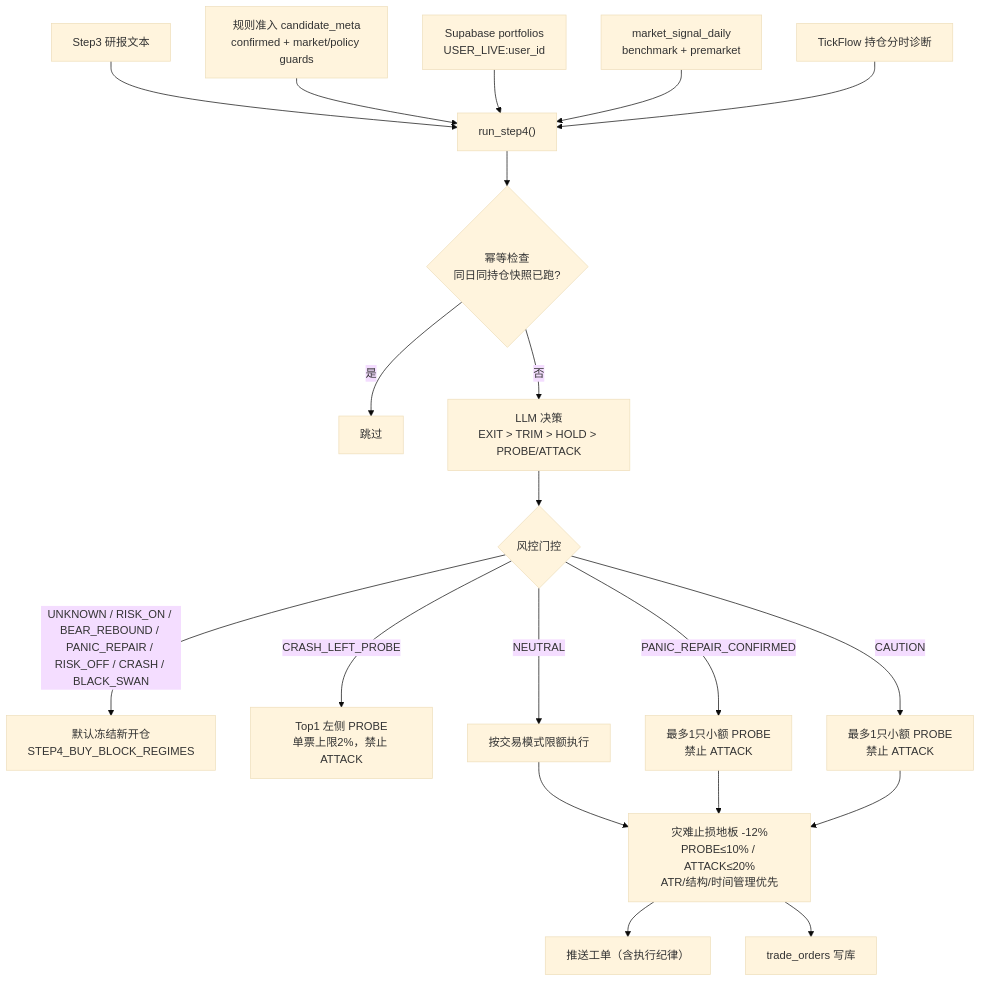
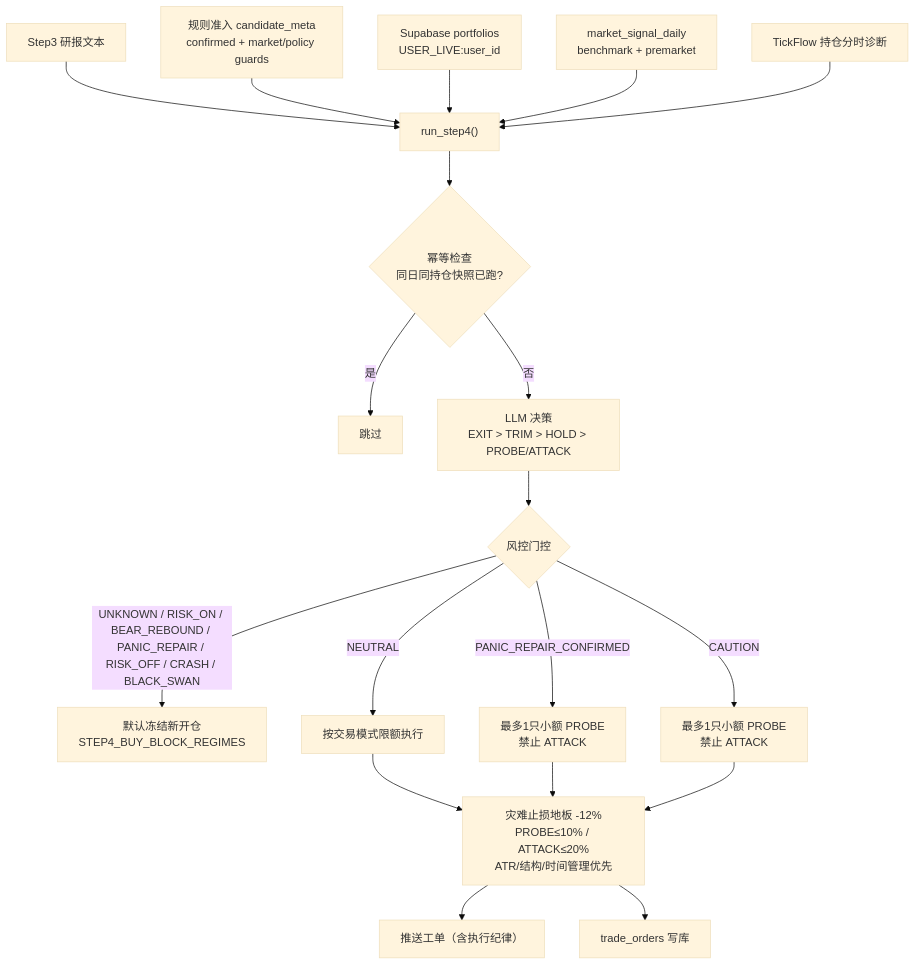
One commit to niyoh120/Wyckoff-Analysis changed the fifth of 7 diagrams in docs/A_SHARE_FUNNEL_FLOW.md. Above: the diagram before and after it, drawn with Mermaid (base theme). The commit also changed other lines of this file and 28 other files, not shown here.

First line of the commit message:
refactor: remove crash_resilience_watch signal and CRASH_LEFT_PROBE regime

````diff
--- a/docs/A_SHARE_FUNNEL_FLOW.md
+++ b/docs/A_SHARE_FUNNEL_FLOW.md
@@ -304,25 +304,24 @@
 ```mermaid
 flowchart TD
     IN1["Step3 研报文本"] --> S4
     IN2["规则准入 candidate_meta<br/>confirmed + market/policy guards"] --> S4
     IN3["Supabase portfolios<br/>USER_LIVE:user_id"] --> S4
     IN4["market_signal_daily<br/>benchmark + premarket"] --> S4
     IN5["TickFlow 持仓分时诊断"] --> S4
 
     S4["run_step4()"] --> IDEM{"幂等检查<br/>同日同持仓快照已跑?"}
     IDEM -->|是| SKIP["跳过"]
     IDEM -->|否| LLM["LLM 决策<br/>EXIT > TRIM > HOLD > PROBE/ATTACK"]
 
     LLM --> RISK{"风控门控"}
-    RISK -->|UNKNOWN / RISK_ON / BEAR_REBOUND / PANIC_REPAIR / RISK_OFF / CRASH / BLACK_SWAN| BLOCK_BUY["默认冻结新开仓<br/>STEP4_BUY_BLOCK_REGIMES"]
-    RISK -->|CRASH_LEFT_PROBE| LEFT_PROBE["Top1 左侧 PROBE<br/>单票上限2%，禁止 ATTACK"]
-    RISK -->|PANIC_REPAIR_CONFIRMED| REPAIR_PROBE["最多1只小额 PROBE<br/>禁止 ATTACK"]
+RISK -->|UNKNOWN / RISK_ON / BEAR_REBOUND / PANIC_REPAIR / RISK_OFF / CRASH / BLACK_SWAN| BLOCK_BUY["默认冻结新开仓<br/>STEP4_BUY_BLOCK_REGIMES"]
+RISK -->|PANIC_REPAIR_CONFIRMED| REPAIR_PROBE["最多1只小额 PROBE<br/>禁止 ATTACK"]
     RISK -->|CAUTION| CAUTION_PROBE["最多1只小额 PROBE<br/>禁止 ATTACK"]
     RISK -->|NEUTRAL| ALLOW["按交易模式限额执行"]
 
     ALLOW --> OMS["灾难止损地板 -12%<br/>PROBE≤10% / ATTACK≤20%<br/>ATR/结构/时间管理优先"]
     REPAIR_PROBE --> OMS
     CAUTION_PROBE --> OMS
     OMS --> TG["推送工单（含执行纪律）"]
     OMS --> DB["trade_orders 写库"]
 ```
````
